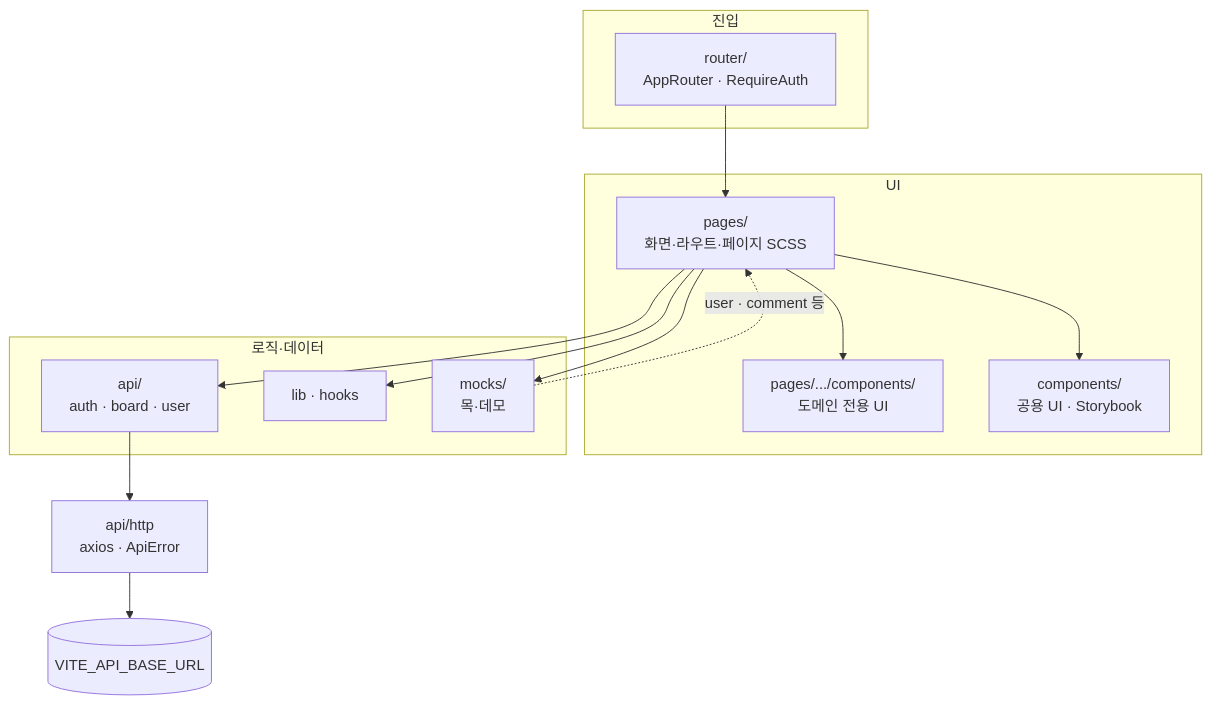
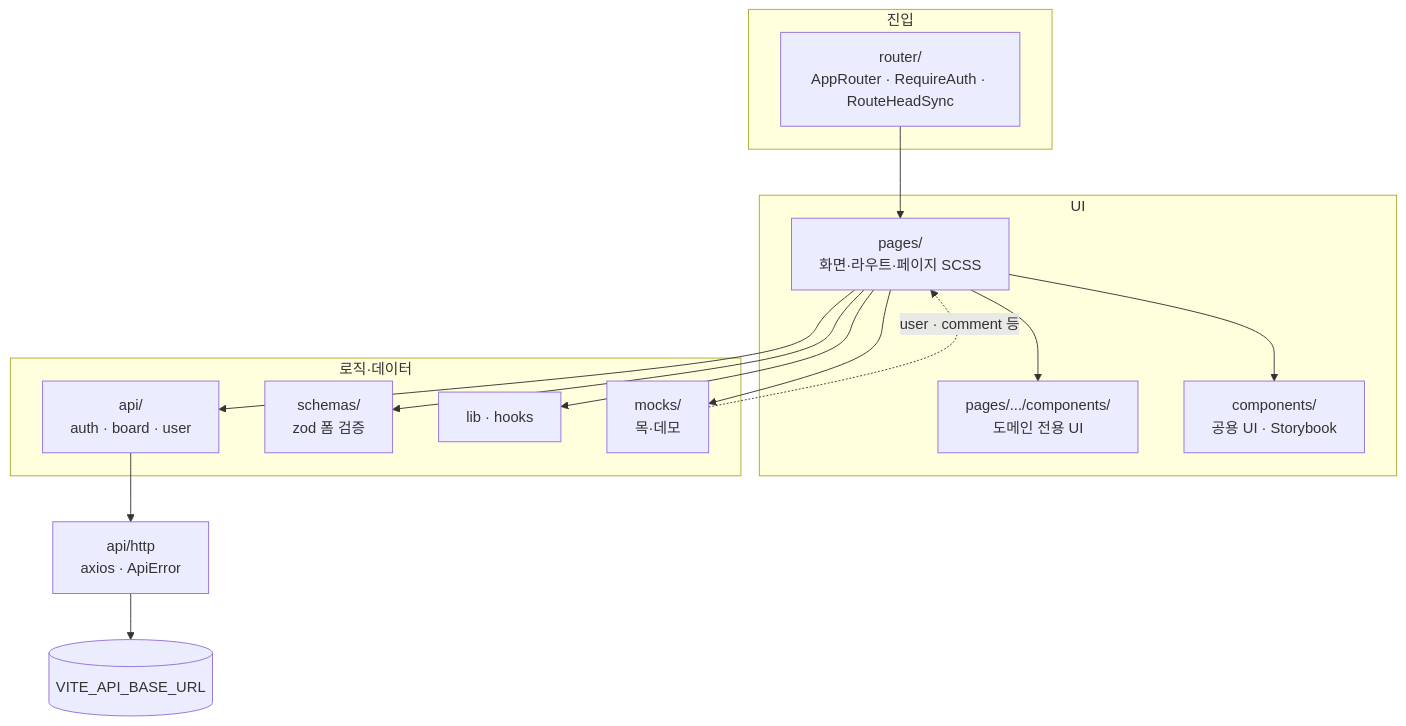
Before and after one commit to sooozi/react-prtc01: the diagram in README.md, drawn with Mermaid. The commit also changed other lines of this file and 4 other files, not shown here.

First line of the commit message:
docs: sync README with current app and clarify schedule flow

````diff
--- a/README.md
+++ b/README.md
@@ -19,28 +19,30 @@
 ```mermaid
 flowchart TB
   subgraph entry["진입"]
-    R["router/<br/>AppRouter · RequireAuth"]
+    R["router/<br/>AppRouter · RequireAuth · RouteHeadSync"]
   end
 
   subgraph ui["UI"]
     P["pages/<br/>화면·라우트·페이지 SCSS"]
     PC["pages/.../components/<br/>도메인 전용 UI"]
     C["components/<br/>공용 UI · Storybook"]
   end
 
   subgraph logic["로직·데이터"]
     A["api/<br/>auth · board · user"]
+    S["schemas/<br/>zod 폼 검증"]
     L["lib · hooks"]
     M["mocks/<br/>목·데모"]
   end
 
   R --> P
   P --> C
   P --> PC
   P --> A
+  P --> S
   P --> L
   P --> M
   A --> H["api/http<br/>axios · ApiError"]
   H --> API[("VITE_API_BASE_URL")]
   M -.->|user · comment 등| P
 ```
````
